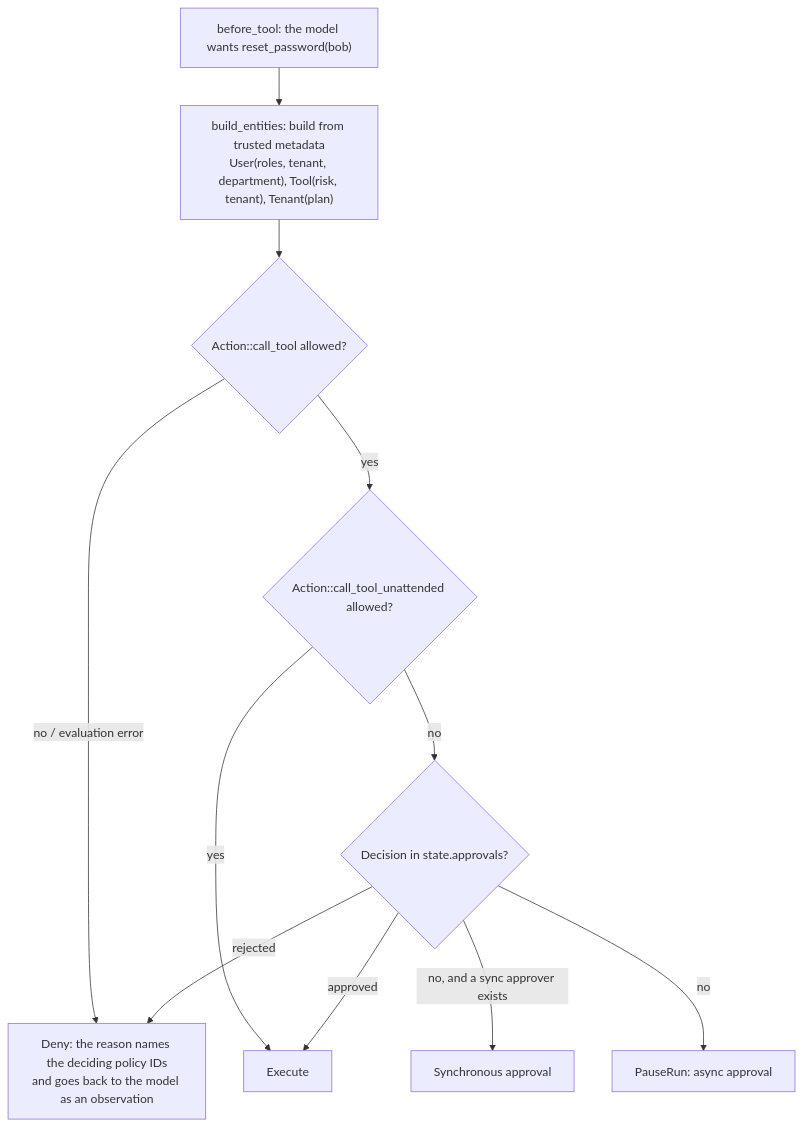
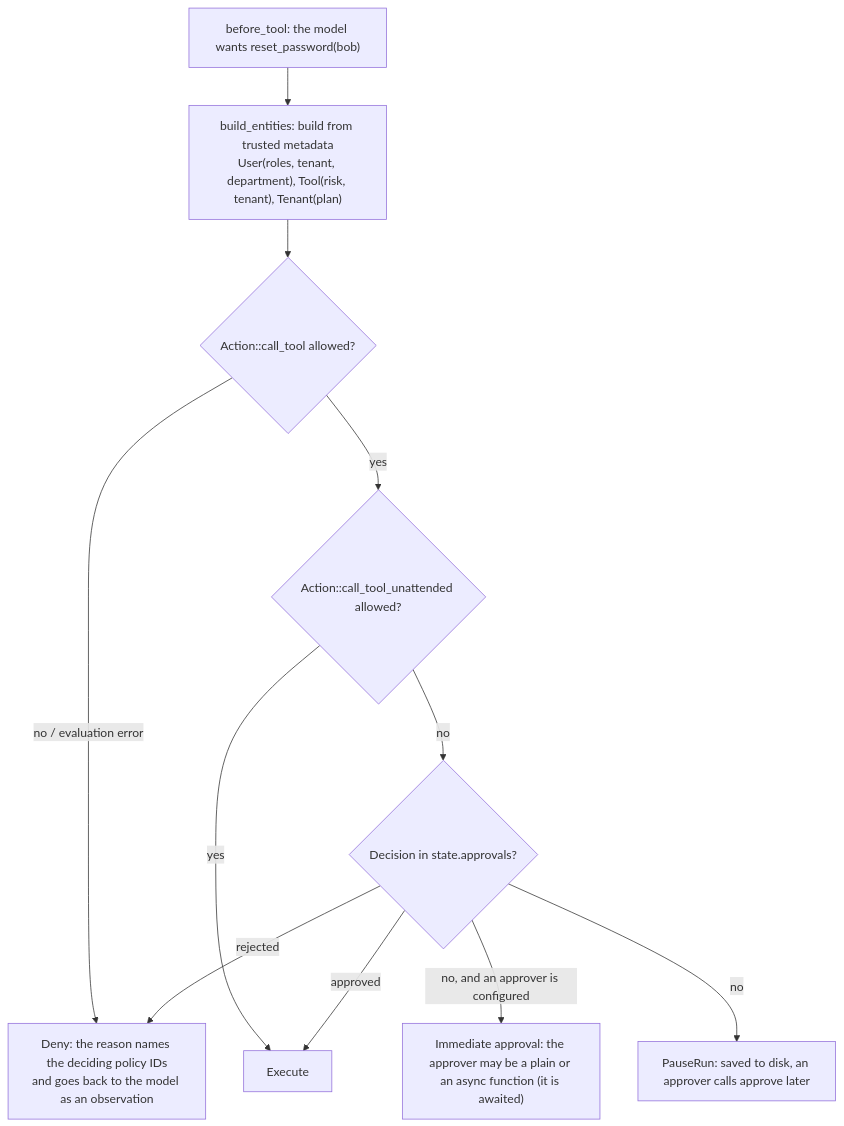
One commit to heaven999b/hello-agent-system changed the second of 2 diagrams in lessons/29_gateway_and_guardrails/README.en.md. Above: the diagram before and after it, drawn with Mermaid. The commit also changed other lines of this file and 9 other files, not shown here.

````diff
--- a/lessons/29_gateway_and_guardrails/README.en.md
+++ b/lessons/29_gateway_and_guardrails/README.en.md
@@ -115,13 +113,13 @@
 ```mermaid
 flowchart TB
     S["before_tool: the model wants reset_password(bob)"] --> E["build_entities: build from trusted metadata<br/>User(roles, tenant, department), Tool(risk, tenant), Tenant(plan)"]
     E --> C1{"Action::call_tool allowed?"}
     C1 -->|"no / evaluation error"| D["Deny: the reason names the deciding policy IDs<br/>and goes back to the model as an observation"]
     C1 -->|"yes"| C2{"Action::call_tool_unattended allowed?"}
     C2 -->|"yes"| X["Execute"]
     C2 -->|"no"| AP{"Decision in state.approvals?"}
-    AP -->|"no, and a sync approver exists"| SY["Synchronous approval"]
-    AP -->|"no"| PR["PauseRun: async approval"]
+    AP -->|"no, and an approver is configured"| SY["Immediate approval: the approver may be a plain or an async function (it is awaited)"]
+    AP -->|"no"| PR["PauseRun: saved to disk, an approver calls approve later"]
     AP -->|"approved"| X
     AP -->|"rejected"| D
 ```
````
